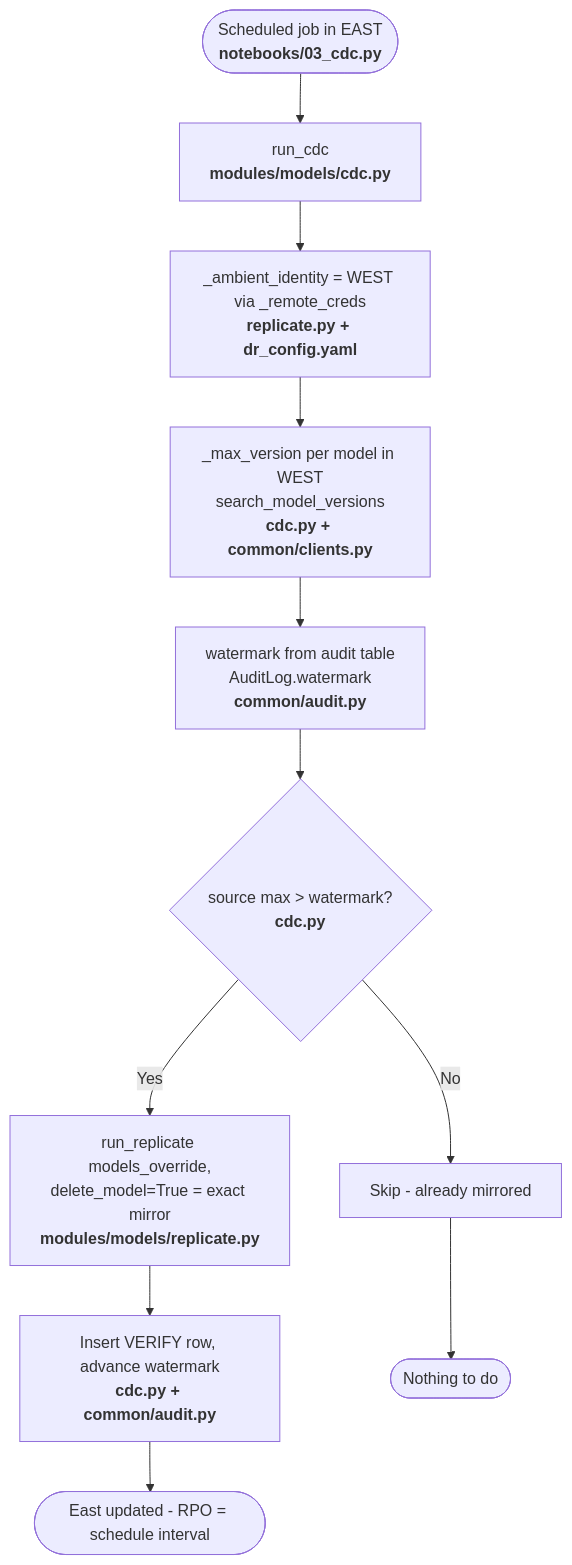
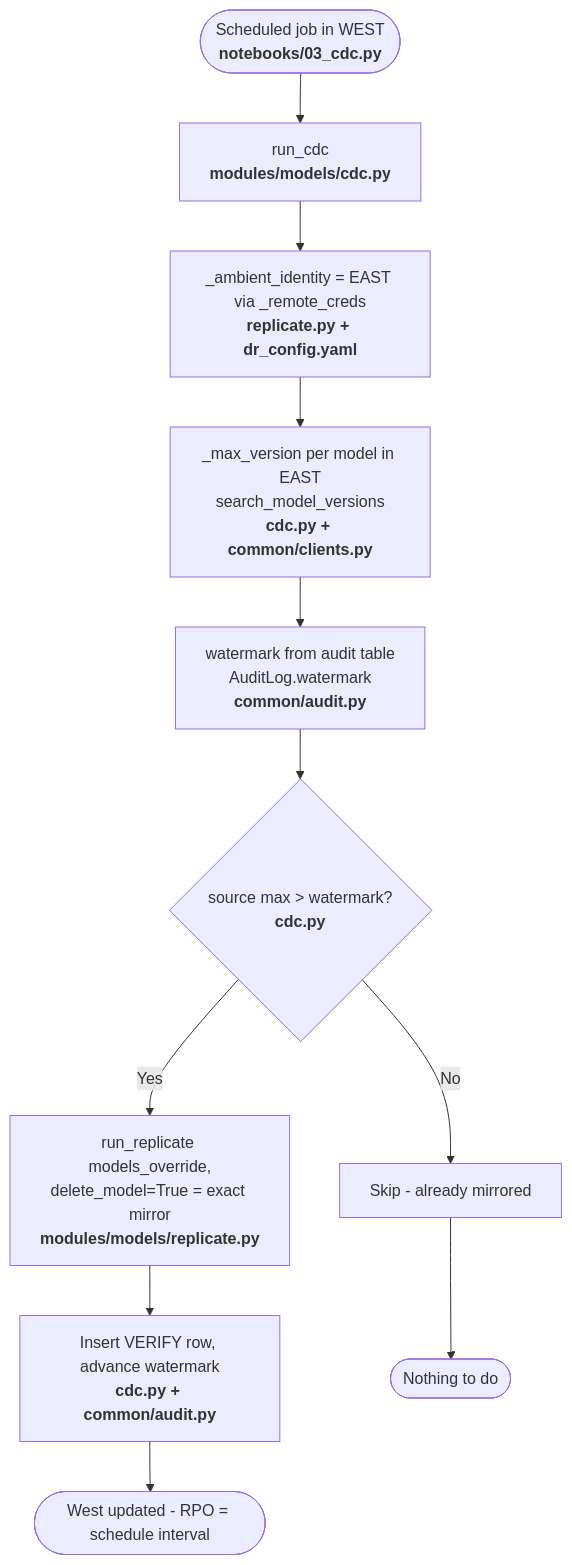
Before and after one commit to ankitad-db/disaster-recovery-poc: the third of 6 diagrams in docs/architecture.md, drawn with Mermaid. The commit also changed other lines of this file and 45 other files, not shown here.

First line of the commit message:
feat(models): native MLflow-API DR engine, ID mapping, multi-model seed

````diff
--- a/docs/architecture.md
+++ b/docs/architecture.md
@@ -150,15 +157,15 @@
 ```mermaid
 flowchart TD
-    Sched([Scheduled job in EAST<br/><b>notebooks/03_cdc.py</b>]) --> RunCdc[run_cdc<br/><b>modules/models/cdc.py</b>]
-    RunCdc --> Become[_ambient_identity = WEST via _remote_creds<br/><b>replicate.py + dr_config.yaml</b>]
-    Become --> Max[_max_version per model in WEST<br/>search_model_versions<br/><b>cdc.py + common/clients.py</b>]
+    Sched([Scheduled job in WEST<br/><b>notebooks/03_cdc.py</b>]) --> RunCdc[run_cdc<br/><b>modules/models/cdc.py</b>]
+    RunCdc --> Become[_ambient_identity = EAST via _remote_creds<br/><b>replicate.py + dr_config.yaml</b>]
+    Become --> Max[_max_version per model in EAST<br/>search_model_versions<br/><b>cdc.py + common/clients.py</b>]
     Max --> WM[watermark from audit table<br/>AuditLog.watermark<br/><b>common/audit.py</b>]
     WM --> Cmp{source max &gt; watermark?<br/><b>cdc.py</b>}
 
     Cmp -- No --> Skip[Skip - already mirrored]
     Cmp -- Yes --> Rep[run_replicate models_override,<br/>delete_model=True = exact mirror<br/><b>modules/models/replicate.py</b>]
     Rep --> Adv[Insert VERIFY row, advance watermark<br/><b>cdc.py + common/audit.py</b>]
 
     Skip --> EndC([Nothing to do])
-    Adv --> EndC2([East updated - RPO = schedule interval])
+    Adv --> EndC2([West updated - RPO = schedule interval])
 ```
````
